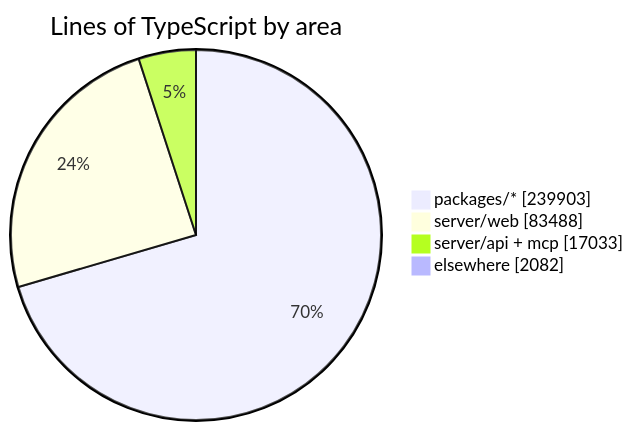
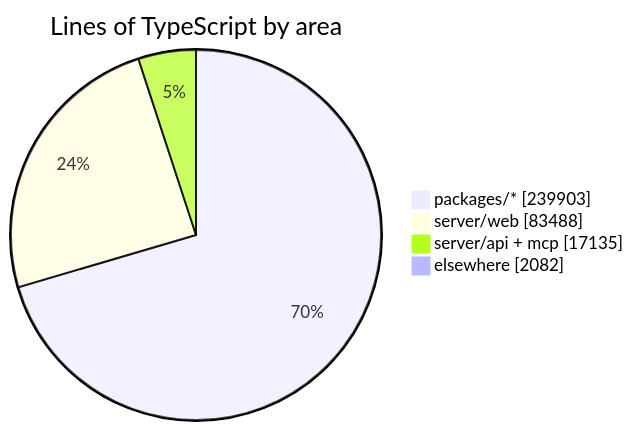
The diagram in README.md (crossworks-engineering/mantle), drawn with Mermaid before and after one commit. The commit also changed other lines of this file and 2 other files, not shown here.

````diff
--- a/README.md
+++ b/README.md
@@ -287,7 +287,7 @@
 ```mermaid
 pie showData title Lines of TypeScript by area
     "packages/*" : 239903
     "server/web" : 83488
-    "server/api + mcp" : 17033
+    "server/api + mcp" : 17135
     "elsewhere" : 2082
 ```
````
